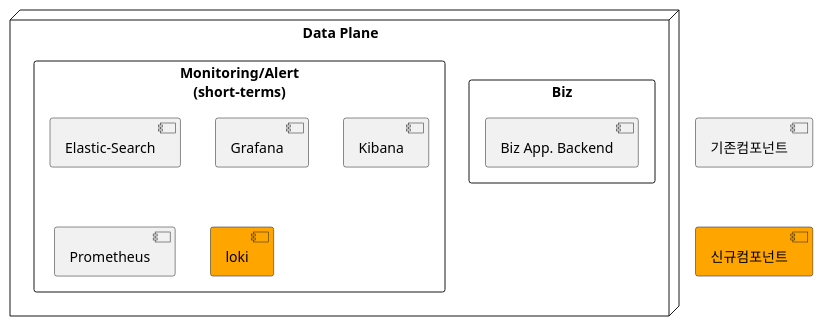
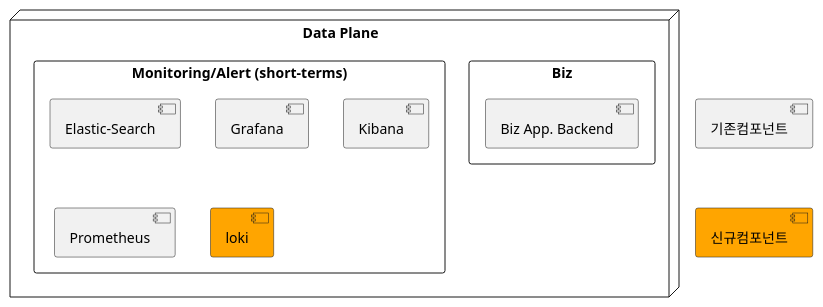
Before and after one commit to kloudbank/htdp1.github.io: the third of 7 diagrams in docs/src/multi-cloud/diagram.md, drawn with PlantUML. The commit also changed other lines of this file, not shown here.

```diff
--- a/docs/src/multi-cloud/diagram.md
+++ b/docs/src/multi-cloud/diagram.md
@@ -64,19 +64,19 @@
 @startuml
 
 [기존컴포넌트] as old
 [신규컴포넌트] as new #orange
 old -[hidden]d-> new
 
 node "Data Plane" as dcp {
     rectangle "Biz" as bdp_bz {
         [Biz App. Backend] as bdp_bz_app
     }
-    rectangle "Monitoring/Alert\n(short-terms)" as bdp_mon {
+    rectangle "Monitoring/Alert (short-terms)" as bdp_mon {
         [Elastic-Search] as bdp_mon_elk
         [Grafana] as bdp_mon_grafana
         [Kibana] as bdp_mon_kibana
         [Prometheus] as bdp_mon_prometheus
         [loki] as dbp_mon_loki #orange
     }
 }
 @enduml
```
